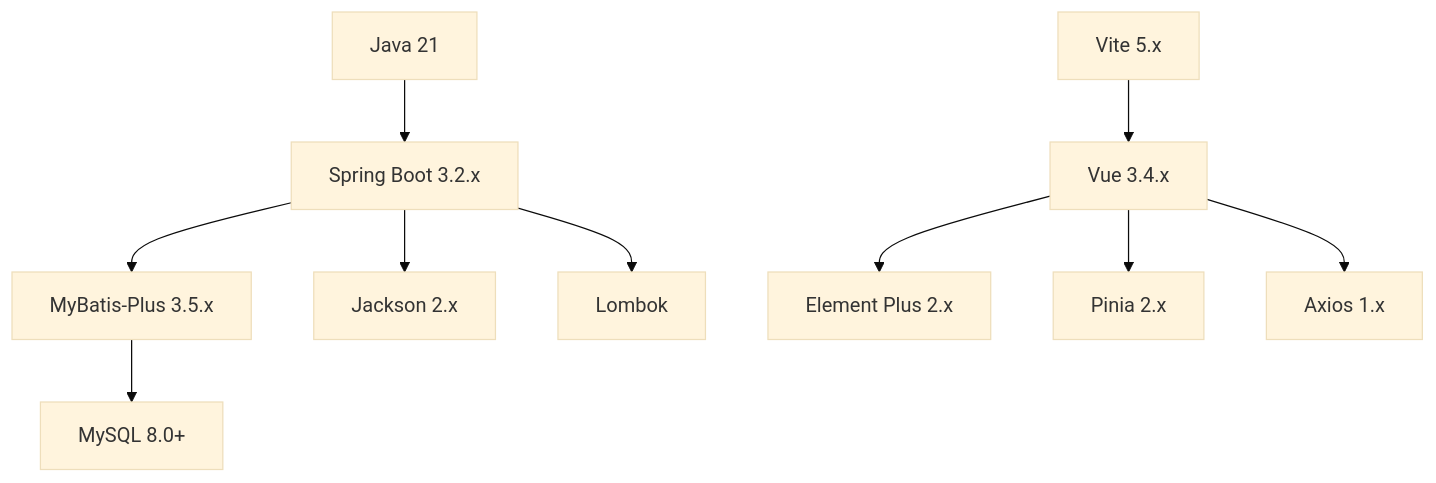
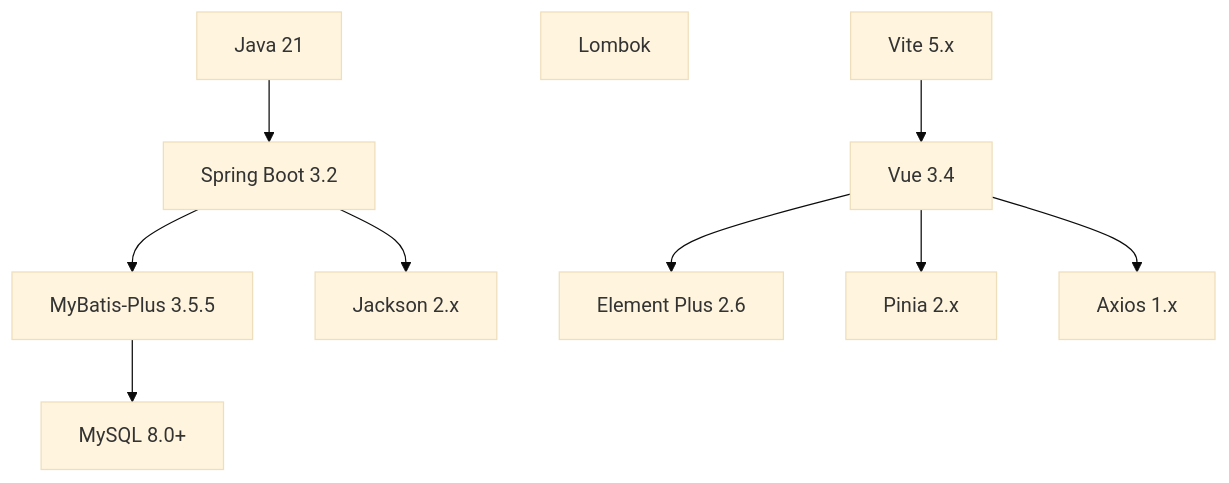
Before and after one commit to NJMrLi/genetics: the fifth of 5 diagrams in .qoder/repowiki/zh/content/部署配置指南/部署配置指南.md, drawn with Mermaid (base theme). The commit also changed other lines of this file and 152 other files, not shown here.

````diff
--- a/.qoder/repowiki/zh/content/部署配置指南/部署配置指南.md
+++ b/.qoder/repowiki/zh/content/部署配置指南/部署配置指南.md
@@ -253,23 +387,22 @@
 ```mermaid
 graph TB
 J21["Java 21"]
-SB["Spring Boot 3.2.x"]
-MB["MyBatis-Plus 3.5.x"]
+SB["Spring Boot 3.2"]
+MB["MyBatis-Plus 3.5.5"]
 MY["MySQL 8.0+"]
 JACK["Jackson 2.x"]
 LOMB["Lombok"]
-VUE["Vue 3.4.x"]
+VUE["Vue 3.4"]
 VITE["Vite 5.x"]
-EP["Element Plus 2.x"]
+EP["Element Plus 2.6"]
 PINIA["Pinia 2.x"]
 AXIOS["Axios 1.x"]
 J21 --> SB
 SB --> MB
 MB --> MY
 SB --> JACK
-SB --> LOMB
 VUE --> EP
 VUE --> PINIA
 VUE --> AXIOS
 VITE --> VUE
 ```
````
